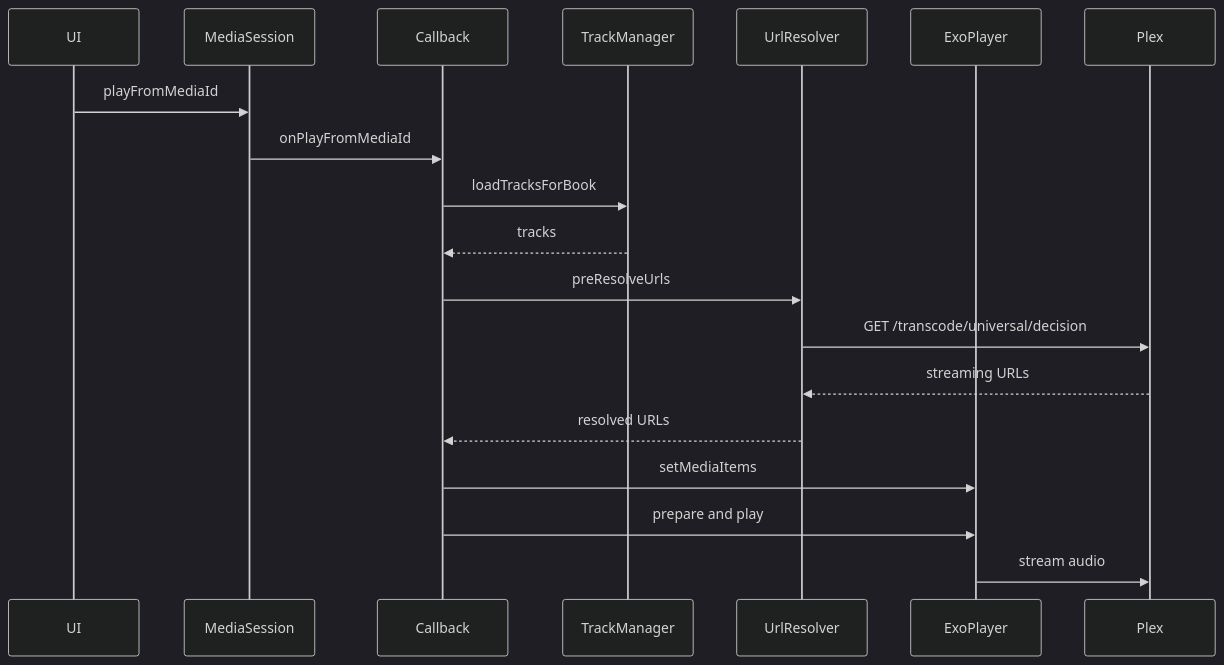
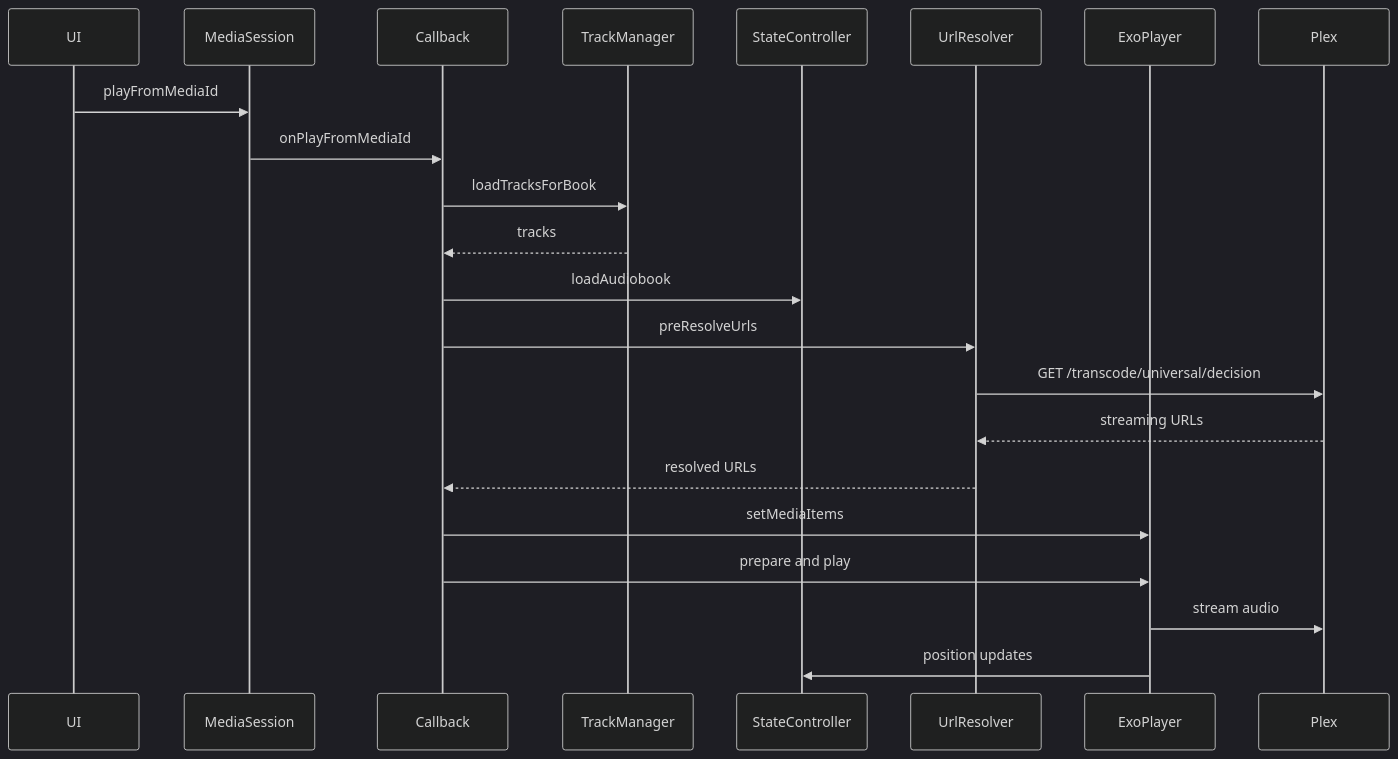
The third of 5 diagrams in docs/features/playback.md (fabiogermann/chronicle), drawn with Mermaid (dark theme) before and after one commit. The commit also changed other lines of this file and 5 other files, not shown here.

````diff
--- a/docs/features/playback.md
+++ b/docs/features/playback.md
@@ -54,22 +140,25 @@
 ```mermaid
 sequenceDiagram
     participant UI
     participant MediaSession
     participant Callback
     participant TrackManager
+    participant StateController
     participant UrlResolver
     participant ExoPlayer
     participant Plex
     
     UI->>MediaSession: playFromMediaId
     MediaSession->>Callback: onPlayFromMediaId
     Callback->>TrackManager: loadTracksForBook
     TrackManager-->>Callback: tracks
+    Callback->>StateController: loadAudiobook
     Callback->>UrlResolver: preResolveUrls
     UrlResolver->>Plex: GET /transcode/universal/decision
     Plex-->>UrlResolver: streaming URLs
     UrlResolver-->>Callback: resolved URLs
     Callback->>ExoPlayer: setMediaItems
     Callback->>ExoPlayer: prepare and play
     ExoPlayer->>Plex: stream audio
+    ExoPlayer->>StateController: position updates
 ```
````
